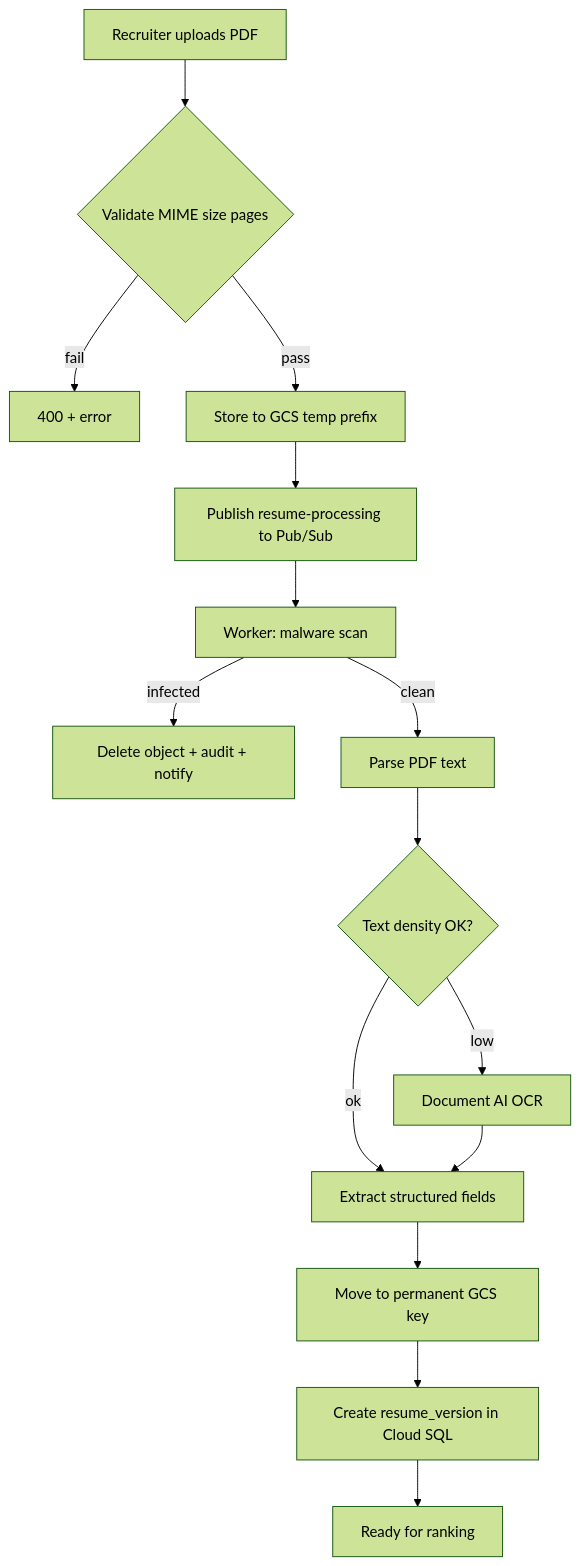
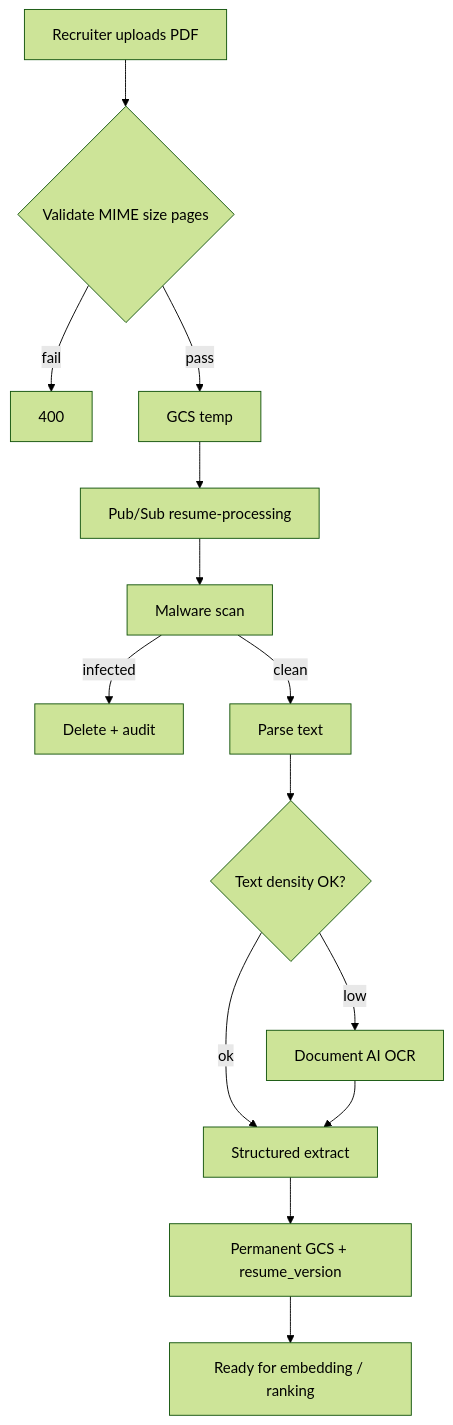
Before and after one commit to sathvikmaahi/HireSphere: the third of 3 diagrams in docs/architecture.md, drawn with Mermaid (forest theme). The commit also changed other lines of this file and 6 other files, not shown here.

````diff
--- a/docs/architecture.md
+++ b/docs/architecture.md
@@ -109,17 +137,16 @@
 ```mermaid
 flowchart TD
     A[Recruiter uploads PDF] --> B{Validate MIME size pages}
-    B -->|fail| X[400 + error]
-    B -->|pass| C[Store to GCS temp prefix]
-    C --> D[Publish resume-processing to Pub/Sub]
-    D --> E[Worker: malware scan]
-    E -->|infected| F[Delete object + audit + notify]
-    E -->|clean| G[Parse PDF text]
+    B -->|fail| X[400]
+    B -->|pass| C[GCS temp]
+    C --> D[Pub/Sub resume-processing]
+    D --> E[Malware scan]
+    E -->|infected| F[Delete + audit]
+    E -->|clean| G[Parse text]
     G --> H{Text density OK?}
     H -->|low| I[Document AI OCR]
-    H -->|ok| J[Extract structured fields]
+    H -->|ok| J[Structured extract]
     I --> J
-    J --> K[Move to permanent GCS key]
-    K --> L[Create resume_version in Cloud SQL]
-    L --> M[Ready for ranking]
+    J --> K[Permanent GCS + resume_version]
+    K --> L[Ready for embedding / ranking]
 ```
````
